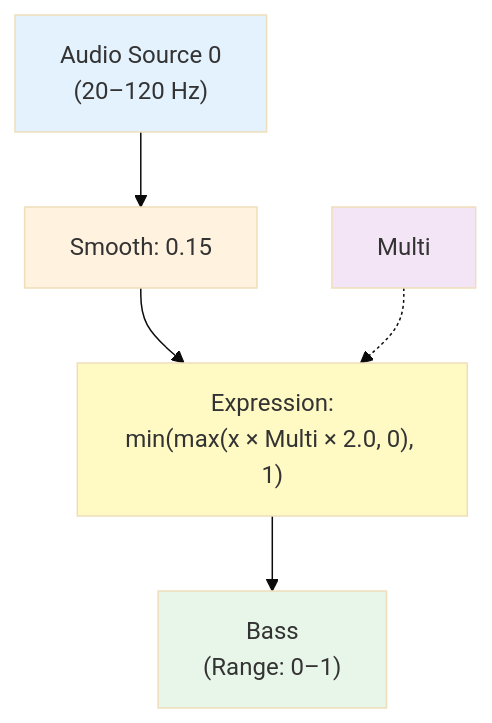
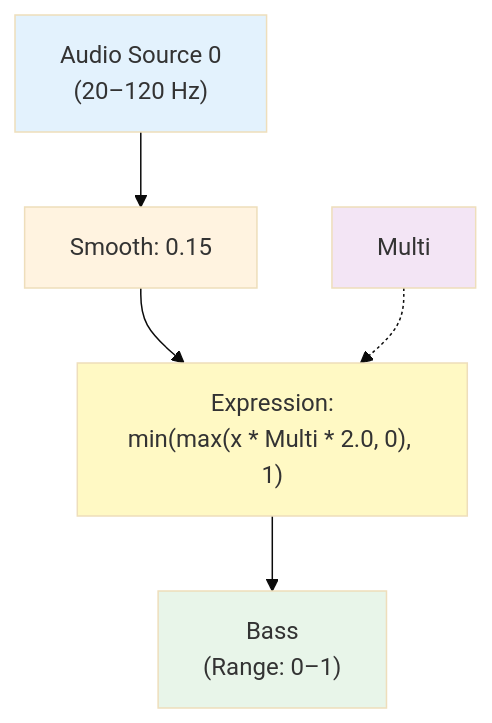
The third of 19 diagrams in docs/mmv-master-pipeline-guide.md (abossard/synesthesia-visuals), drawn with Mermaid (base theme) before and after one commit. The commit also changed other lines of this file, not shown here.

Commit message:
Fix symbol consistency in MMV guide diagrams

````diff
--- a/docs/mmv-master-pipeline-guide.md
+++ b/docs/mmv-master-pipeline-guide.md
@@ -240,14 +240,14 @@
 ```mermaid
 flowchart TD
     AUDIO["Audio Source 0<br/>(20–120 Hz)"] --> SMOOTH1["Smooth: 0.15"]
-    SMOOTH1 --> EXPR1["Expression:<br/>min(max(x × Multi × 2.0, 0), 1)"]
+    SMOOTH1 --> EXPR1["Expression:<br/>min(max(x * Multi * 2.0, 0), 1)"]
     EXPR1 --> BASS["Bass<br/>(Range: 0–1)"]
     
     MULTI2["Multi"] -.-> EXPR1
     
     style AUDIO fill:#e3f2fd
     style SMOOTH1 fill:#fff3e0
     style EXPR1 fill:#fff9c4
     style BASS fill:#e8f5e9
     style MULTI2 fill:#f3e5f5
 ```
````
